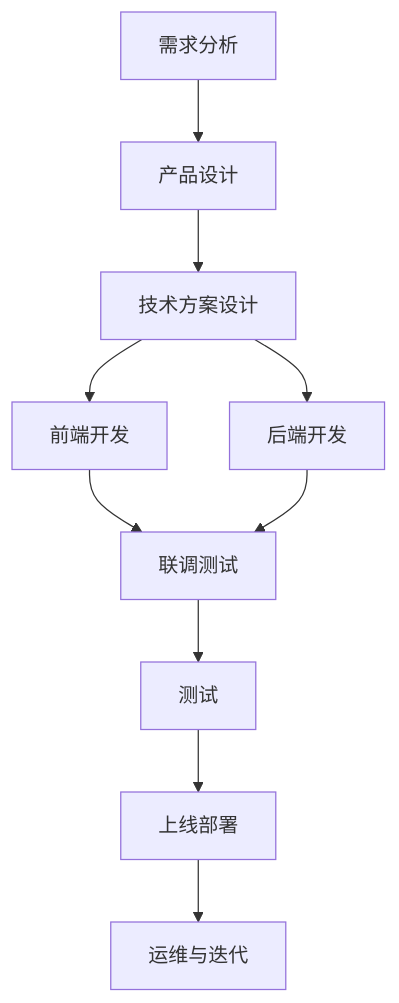
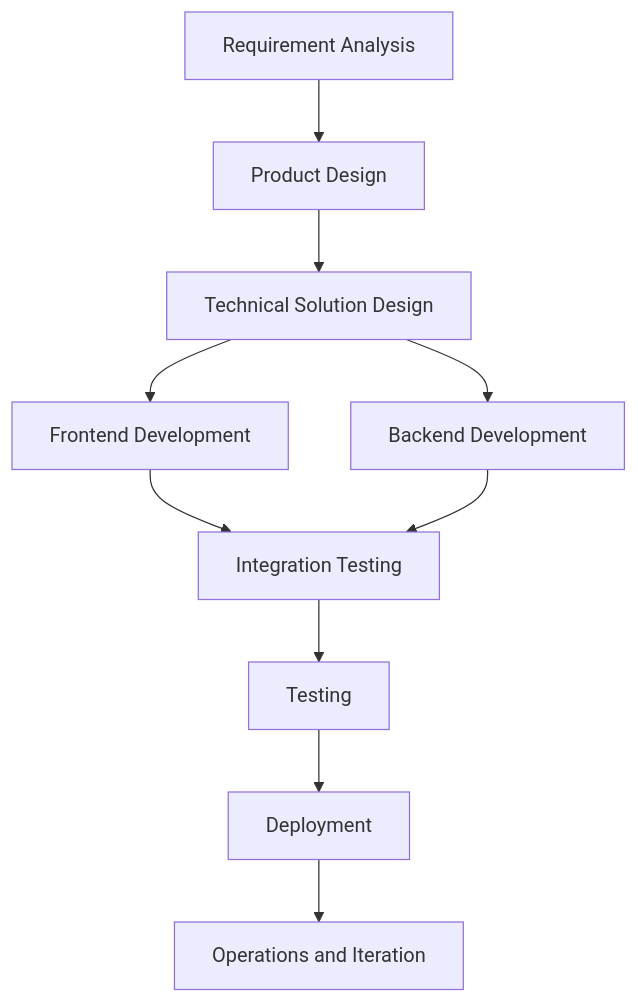
Before and after one commit to suqingdong/markdown_converter: the diagram in tests/demo.md, drawn with Mermaid. The commit also changed other lines of this file and 10 other files, not shown here.

````diff
--- a/tests/demo.md
+++ b/tests/demo.md
@@ -64,12 +46,12 @@
 ```mermaid
 flowchart TD
-  A[需求分析] --> B[产品设计]
-  B --> C[技术方案设计]
-  C --> D[前端开发]
-  C --> E[后端开发]
-  D --> F[联调测试]
+  A[Requirement Analysis] --> B[Product Design]
+  B --> C[Technical Solution Design]
+  C --> D[Frontend Development]
+  C --> E[Backend Development]
+  D --> F[Integration Testing]
   E --> F
-  F --> G[测试]
-  G --> H[上线部署]
-  H --> I[运维与迭代]
+  F --> G[Testing]
+  G --> H[Deployment]
+  H --> I[Operations and Iteration]
 ```
````
